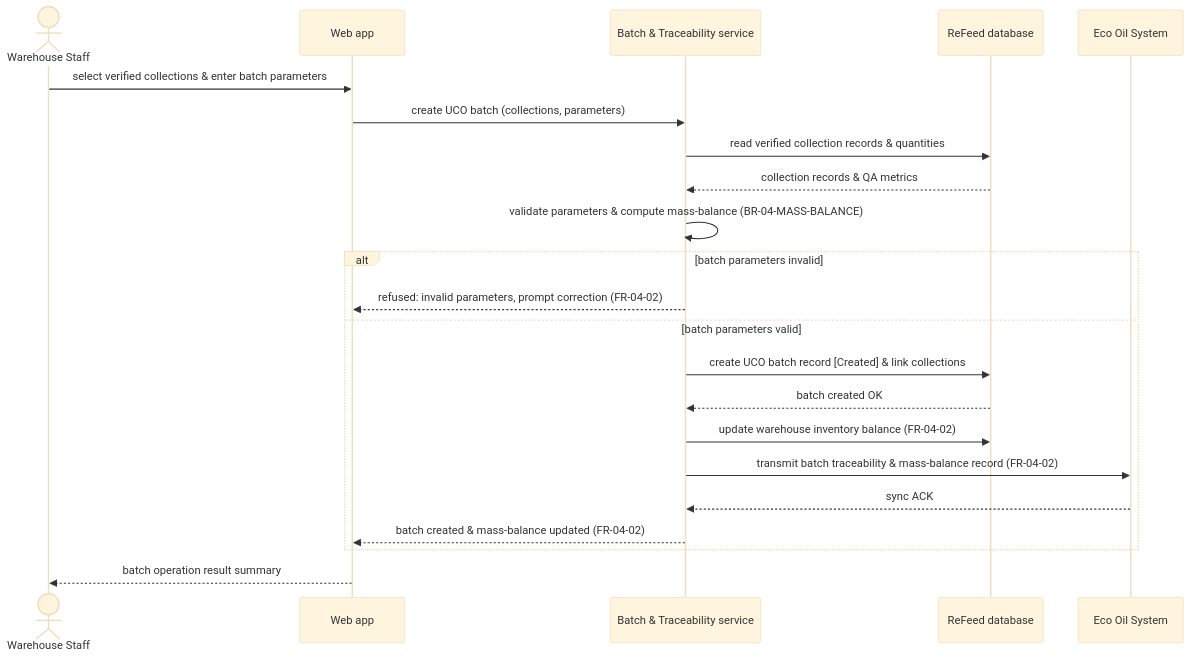
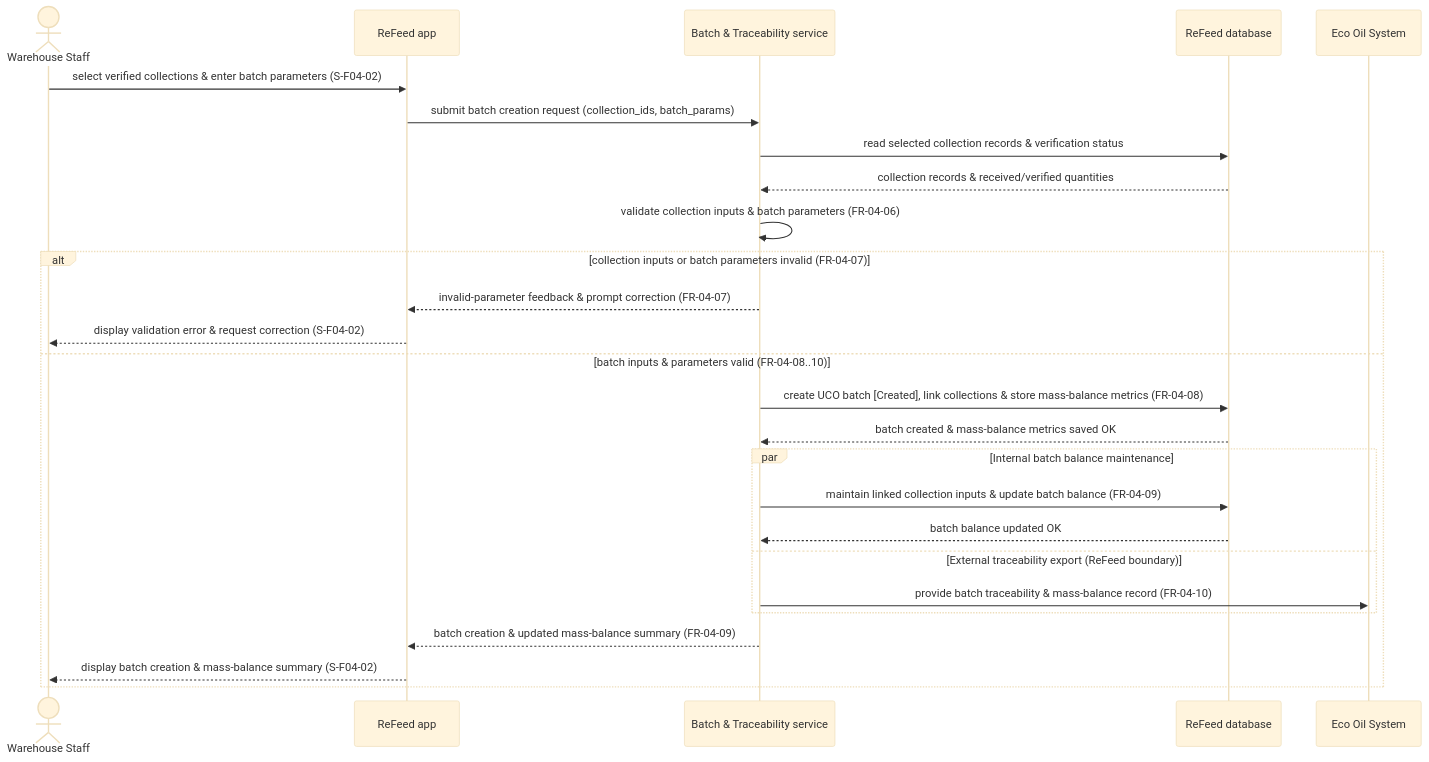
One commit to thuyvicbh-alt/DBIZ2---GROUP-D changed the diagram in docs/use-case/SD-UC-11.md. Above: the diagram before and after it, drawn with Mermaid (base theme). The commit also changed other lines of this file, not shown here.

````diff
--- a/docs/use-case/SD-UC-11.md
+++ b/docs/use-case/SD-UC-11.md
@@ -11,24 +13,30 @@
 ```mermaid
 sequenceDiagram
   actor WS as Warehouse Staff
-  participant W as Web app
+  participant A as ReFeed app
   participant B as Batch & Traceability service
   participant D as ReFeed database
   participant E as Eco Oil System
-  WS->>W: select verified collections & enter batch parameters
-  W->>B: create UCO batch (collections, parameters)
-  B->>D: read verified collection records & quantities
-  D-->>B: collection records & QA metrics
-  B->>B: validate parameters & compute mass-balance (BR-04-MASS-BALANCE)
-  alt batch parameters invalid
-    B-->>W: refused: invalid parameters, prompt correction (FR-04-02)
-  else batch parameters valid
-    B->>D: create UCO batch record [Created] & link collections
-    D-->>B: batch created OK
-    B->>D: update warehouse inventory balance (FR-04-02)
-    B->>E: transmit batch traceability & mass-balance record (FR-04-02)
-    E-->>B: sync ACK
-    B-->>W: batch created & mass-balance updated (FR-04-02)
+
+  WS->>A: select verified collections & enter batch parameters (S-F04-02)
+  A->>B: submit batch creation request (collection_ids, batch_params)
+  B->>D: read selected collection records & verification status
+  D-->>B: collection records & received/verified quantities
+  B->>B: validate collection inputs & batch parameters (FR-04-06)
+
+  alt collection inputs or batch parameters invalid (FR-04-07)
+    B-->>A: invalid-parameter feedback & prompt correction (FR-04-07)
+    A-->>WS: display validation error & request correction (S-F04-02)
+  else batch inputs & parameters valid (FR-04-08..10)
+    B->>D: create UCO batch [Created], link collections & store mass-balance metrics (FR-04-08)
+    D-->>B: batch created & mass-balance metrics saved OK
+    par Internal batch balance maintenance
+      B->>D: maintain linked collection inputs & update batch balance (FR-04-09)
+      D-->>B: batch balance updated OK
+    and External traceability export (ReFeed boundary)
+      B->>E: provide batch traceability & mass-balance record (FR-04-10)
+    end
+    B-->>A: batch creation & updated mass-balance summary (FR-04-09)
+    A-->>WS: display batch creation & mass-balance summary (S-F04-02)
   end
-  W-->>WS: batch operation result summary
 ```
````
